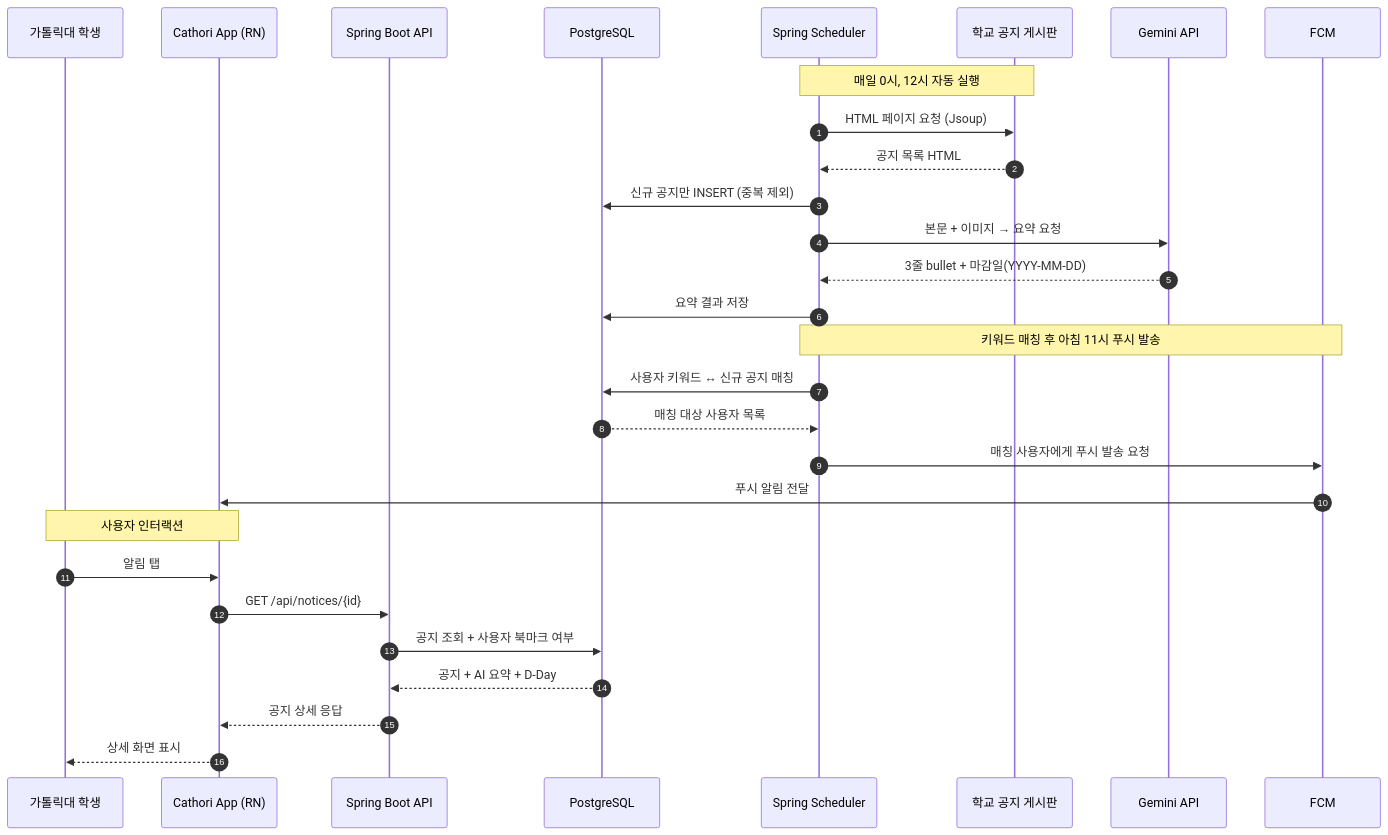
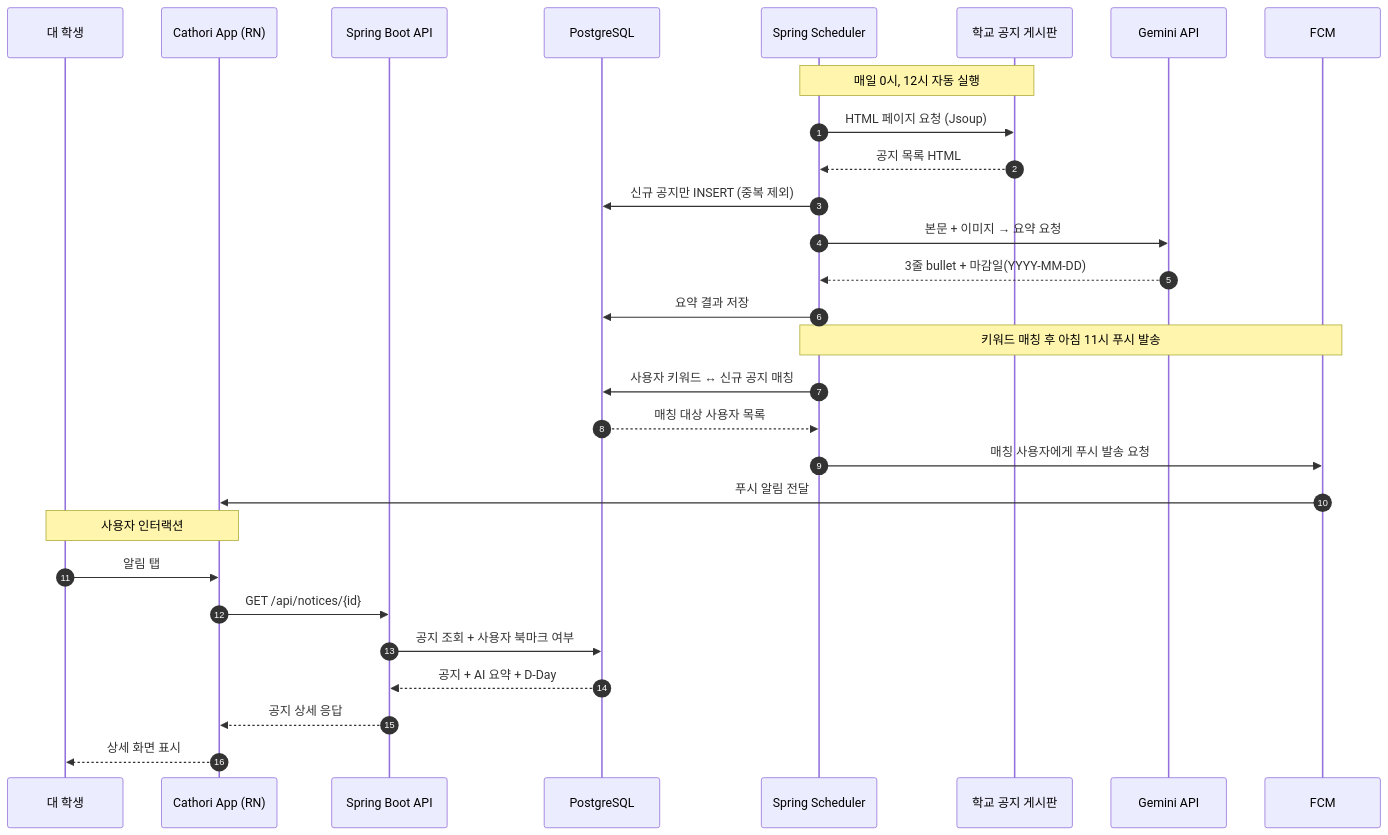
One commit to Cathori-space/Cathori changed the first of 2 diagrams in README.md. Above: the diagram before and after it, drawn with Mermaid. The commit also changed other lines of this file, not shown here.

````diff
--- a/README.md
+++ b/README.md
@@ -110,34 +110,34 @@
 ```mermaid
 sequenceDiagram
   autonumber
-  participant U as 가톨릭대 학생
+  participant U as 대 학생
   participant A as Cathori App (RN)
   participant API as Spring Boot API
   participant DB as PostgreSQL
   participant S as Spring Scheduler
   participant W as 학교 공지 게시판
   participant G as Gemini API
   participant F as FCM
 
   Note over S,W: 매일 0시, 12시 자동 실행
   S->>W: HTML 페이지 요청 (Jsoup)
   W-->>S: 공지 목록 HTML
   S->>DB: 신규 공지만 INSERT (중복 제외)
   S->>G: 본문 + 이미지 → 요약 요청
   G-->>S: 3줄 bullet + 마감일(YYYY-MM-DD)
   S->>DB: 요약 결과 저장
 
   Note over S,F: 키워드 매칭 후 아침 11시 푸시 발송
   S->>DB: 사용자 키워드 ↔ 신규 공지 매칭
   DB-->>S: 매칭 대상 사용자 목록
   S->>F: 매칭 사용자에게 푸시 발송 요청
   F->>A: 푸시 알림 전달
   
   Note over U,A: 사용자 인터랙션
   U->>A: 알림 탭
   A->>API: GET /api/notices/{id}
   API->>DB: 공지 조회 + 사용자 북마크 여부
   DB-->>API: 공지 + AI 요약 + D-Day
   API-->>A: 공지 상세 응답
   A-->>U: 상세 화면 표시
 ```
````
